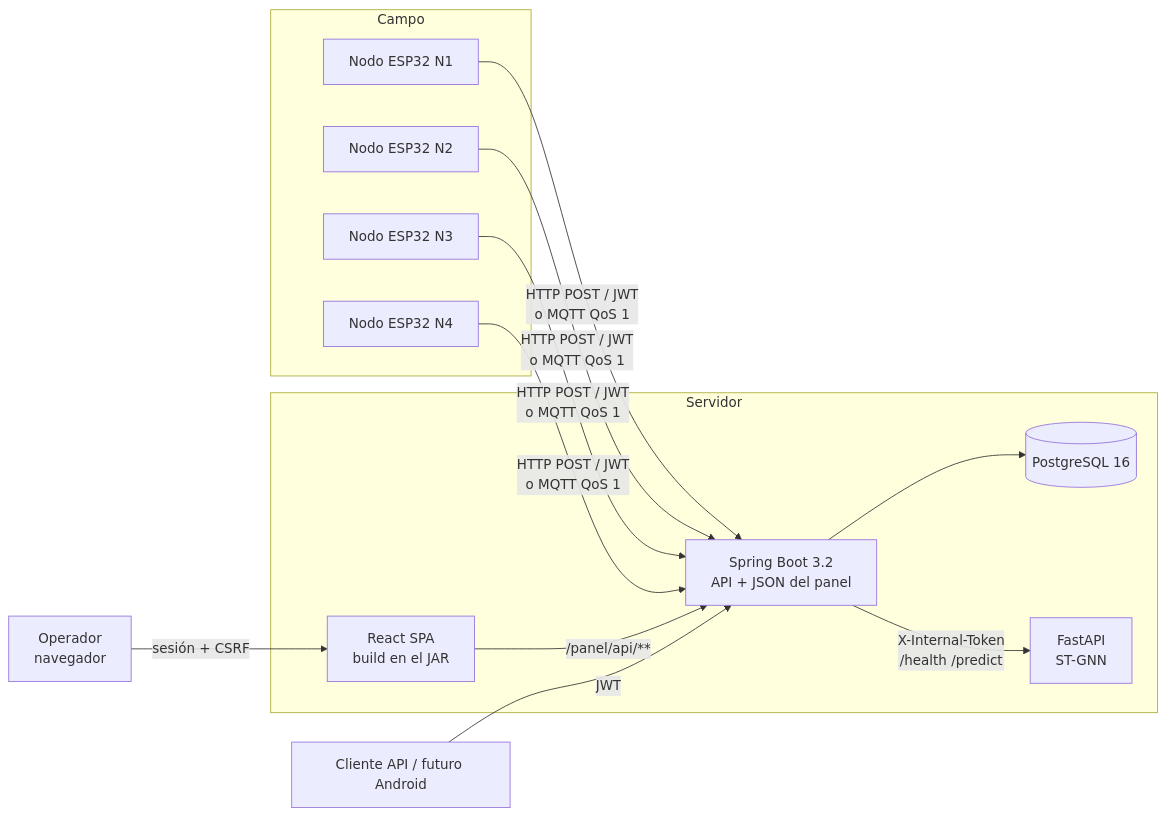
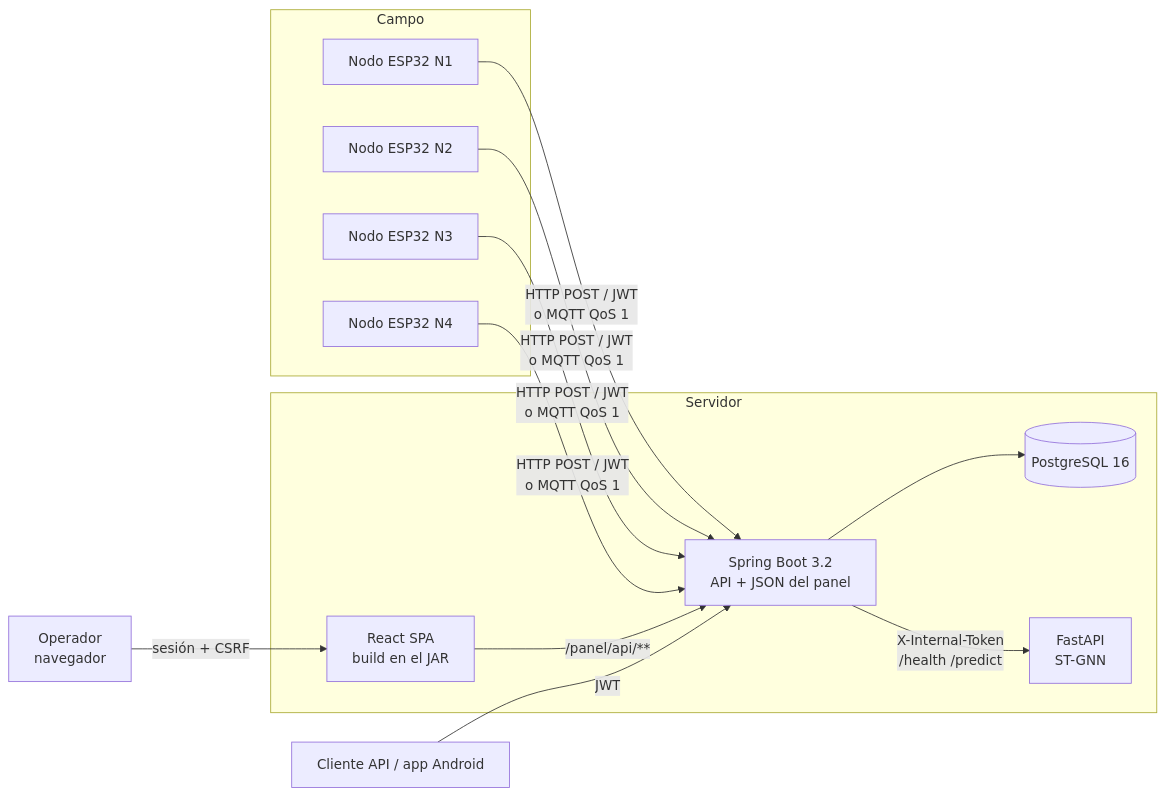
Before and after one commit to 46855344-ux/tesis-laguna-paca: the first of 5 diagrams in docs/SDD/06-arquitectura.md, drawn with Mermaid. The commit also changed 43 other files, not shown here.

````diff
--- a/docs/SDD/06-arquitectura.md
+++ b/docs/SDD/06-arquitectura.md
@@ -5,25 +5,25 @@
 ```mermaid
 flowchart LR
     subgraph Campo
         N1[Nodo ESP32 N1]
         N2[Nodo ESP32 N2]
         N3[Nodo ESP32 N3]
         N4[Nodo ESP32 N4]
     end
 
     subgraph Servidor
         B[Spring Boot 3.2<br/>API + JSON del panel]
         FE[React SPA<br/>build en el JAR]
         DB[(PostgreSQL 16)]
         IA[FastAPI<br/>ST-GNN]
     end
 
     OP[Operador<br/>navegador]
 
     N1 & N2 & N3 & N4 -->|HTTP POST / JWT<br/>o MQTT QoS 1| B
     B --> DB
     B -->|X-Internal-Token<br/>/health /predict| IA
     OP -->|sesión + CSRF| FE
     FE -->|/panel/api/**| B
-    M[Cliente API / futuro Android] -->|JWT| B
+    M[Cliente API / app Android] -->|JWT| B
 ```
````
